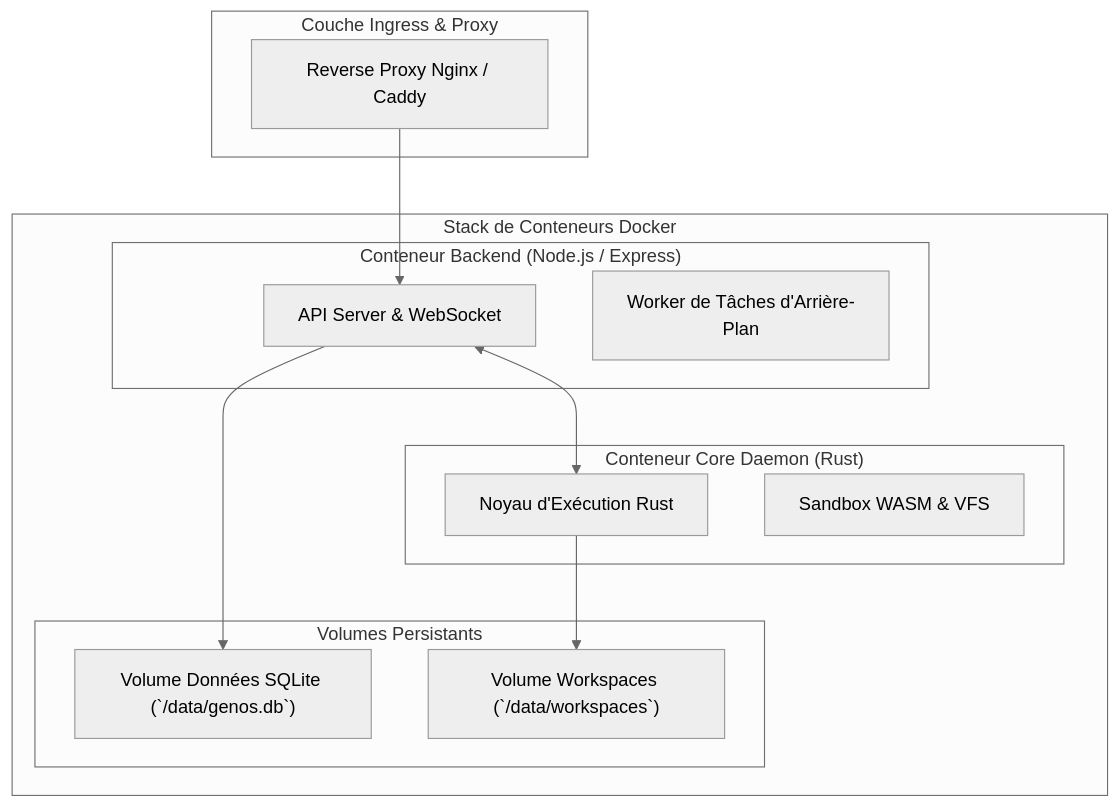
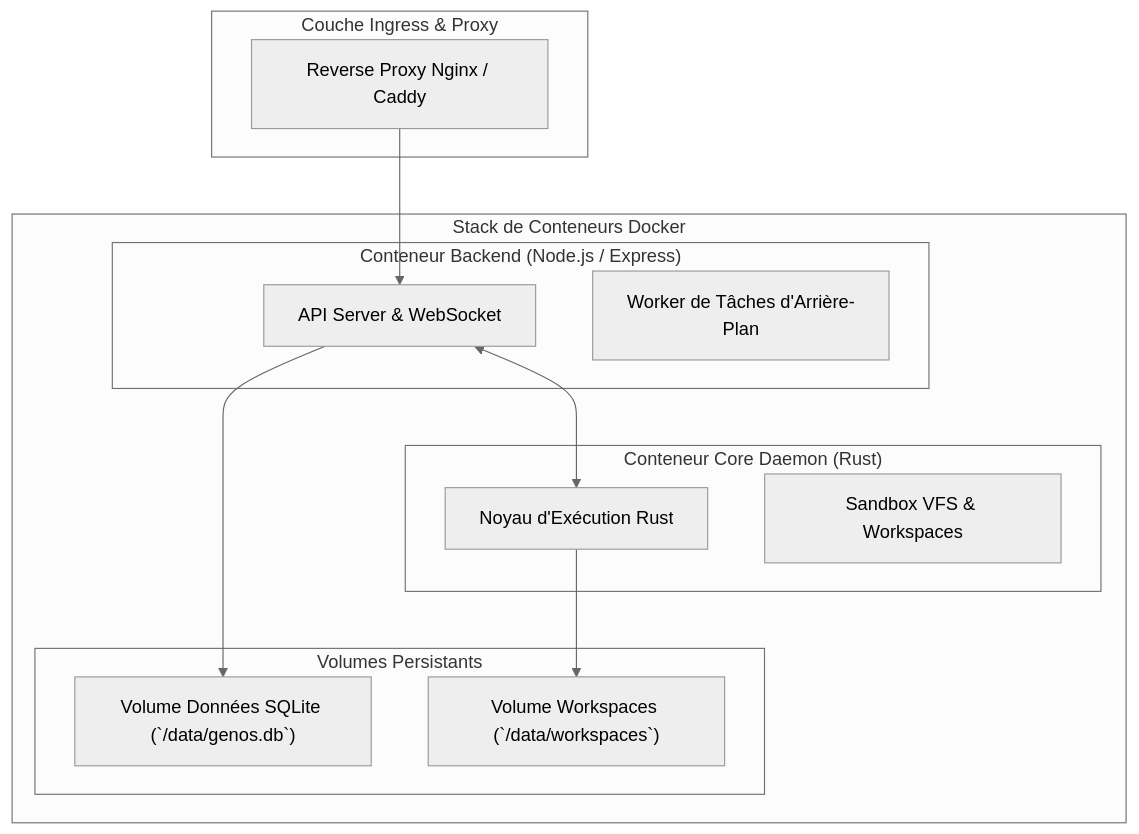
One commit to PISSARAW/GenOS changed the first of 2 diagrams in docs/DEPLOIEMENT_EXPLOITATION.md. Above: the diagram before and after it, drawn with Mermaid (neutral theme). The commit also changed 5 other files, not shown here.

````diff
--- a/docs/DEPLOIEMENT_EXPLOITATION.md
+++ b/docs/DEPLOIEMENT_EXPLOITATION.md
@@ -395,28 +395,28 @@
 ```mermaid
 flowchart TB
     subgraph IngressLayer["Couche Ingress & Proxy"]
         Nginx["Reverse Proxy Nginx / Caddy"]
     end
 
     subgraph ContainerStack["Stack de Conteneurs Docker"]
         subgraph BackendContainer["Conteneur Backend (Node.js / Express)"]
             NodeAPI["API Server & WebSocket"]
             JobWorker["Worker de Tâches d'Arrière-Plan"]
         end
 
         subgraph CoreContainer["Conteneur Core Daemon (Rust)"]
             RustEngine["Noyau d'Exécution Rust"]
-            SandboxWasm["Sandbox WASM & VFS"]
+            SandboxVFS["Sandbox VFS & Workspaces"]
         end
 
         subgraph StorageVolume["Volumes Persistants"]
             DBVolume["Volume Données SQLite (`/data/genos.db`)"]
             WorkspacesVol["Volume Workspaces (`/data/workspaces`)"]
         end
     end
 
     Nginx --> NodeAPI
     NodeAPI <--> RustEngine
     NodeAPI --> DBVolume
     RustEngine --> WorkspacesVol
 ```
````
